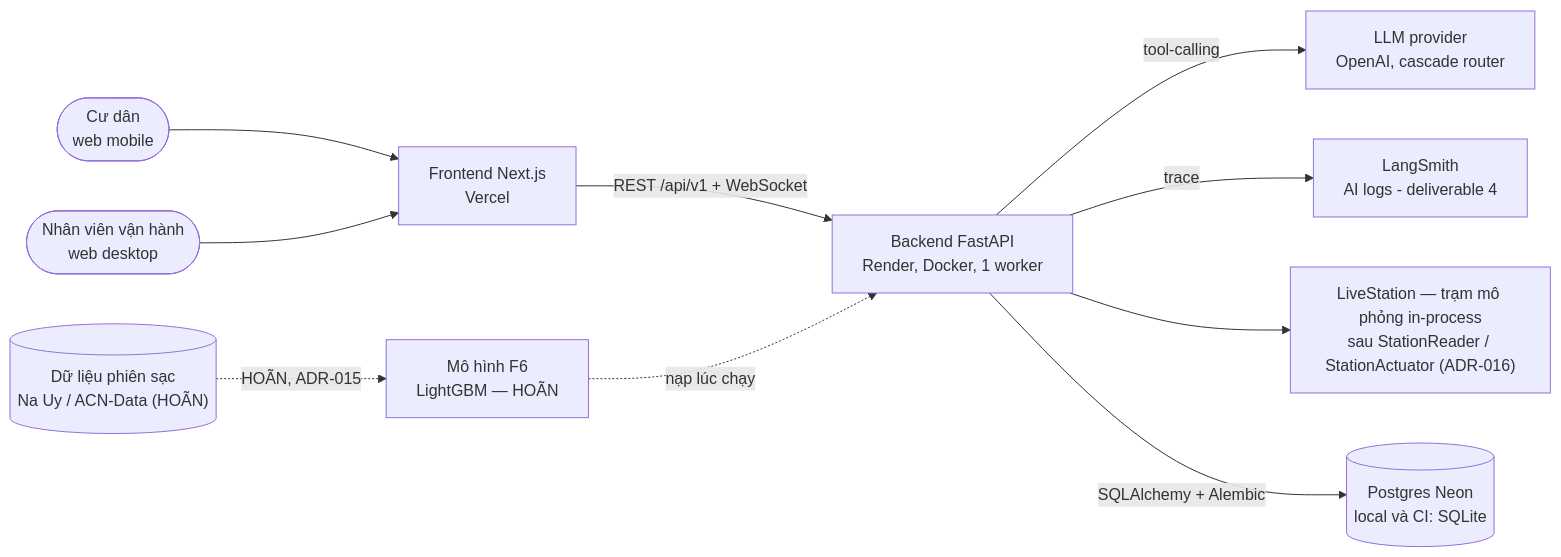
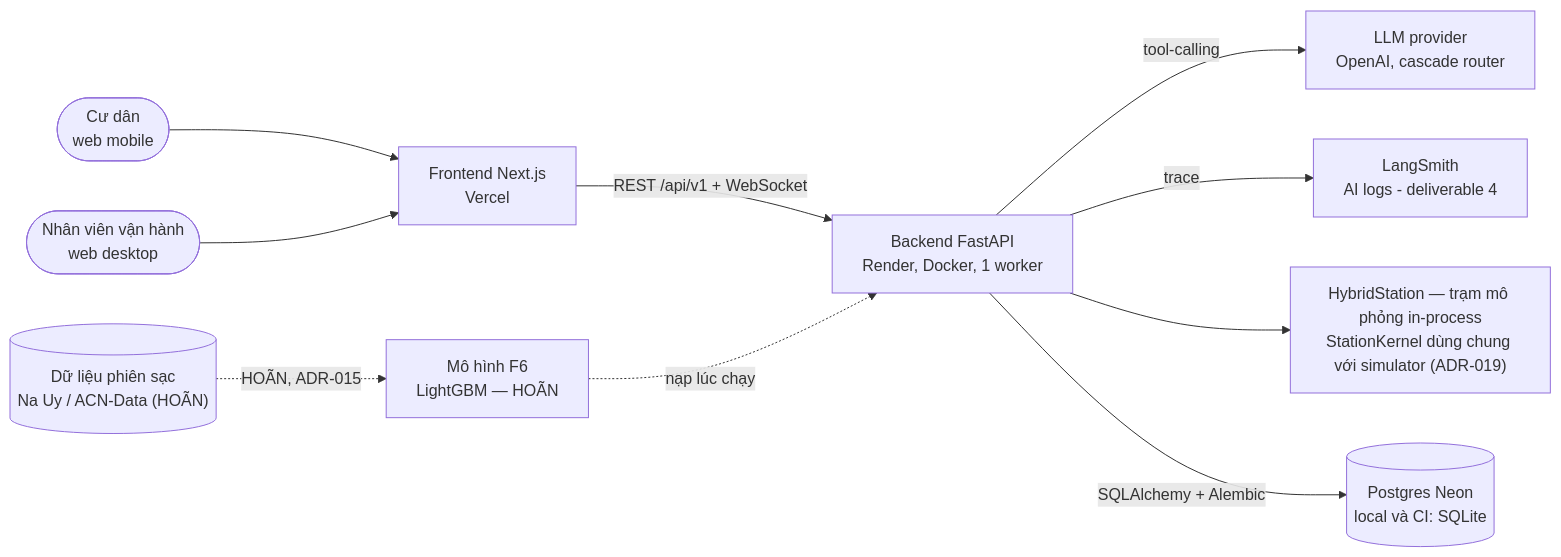
One commit to hieulhaiwork/Temp-ChargePilot-Simulator changed the third of 13 diagrams in docs/architecture_diagram.md. Above: the diagram before and after it, drawn with Mermaid. The commit also changed other lines of this file and 577 other files, not shown here.

````diff
--- a/docs/architecture_diagram.md
+++ b/docs/architecture_diagram.md
@@ -91,12 +92,12 @@
 ```mermaid
 flowchart LR
     R(["Cư dân<br/>web mobile"]) --> FE
     O(["Nhân viên vận hành<br/>web desktop"]) --> FE
     FE["Frontend Next.js<br/>Vercel"] -- "REST /api/v1 + WebSocket" --> BE["Backend FastAPI<br/>Render, Docker, 1 worker"]
     BE -- "tool-calling" --> LLM["LLM provider<br/>OpenAI, cascade router"]
     BE -- "trace" --> LS["LangSmith<br/>AI logs - deliverable 4"]
-    BE --> SIM["LiveStation — trạm mô phỏng in-process<br/>sau StationReader / StationActuator (ADR-016)"]
+    BE --> SIM["HybridStation — trạm mô phỏng in-process<br/>StationKernel dùng chung với simulator (ADR-019)"]
     BE -- "SQLAlchemy + Alembic" --> DB[("Postgres Neon<br/>local và CI: SQLite")]
     DS[("Dữ liệu phiên sạc<br/>Na Uy / ACN-Data (HOÃN)")] -. "HOÃN, ADR-015" .-> ML["Mô hình F6<br/>LightGBM — HOÃN"]
     ML -. "nạp lúc chạy" .-> BE
 ```
````
